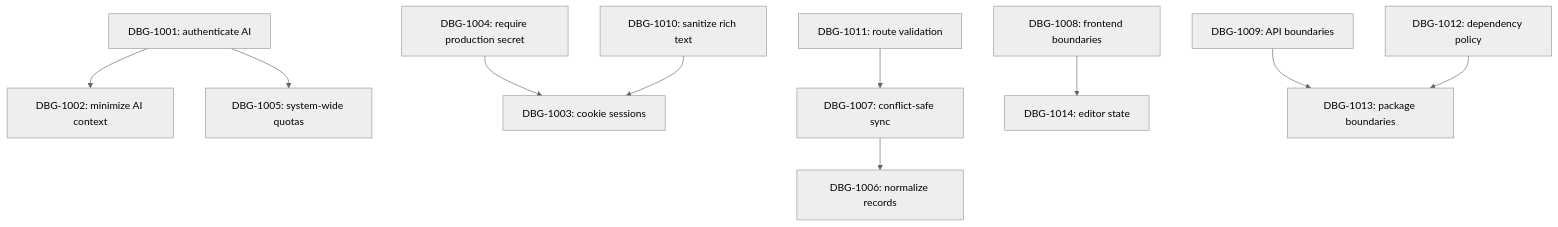
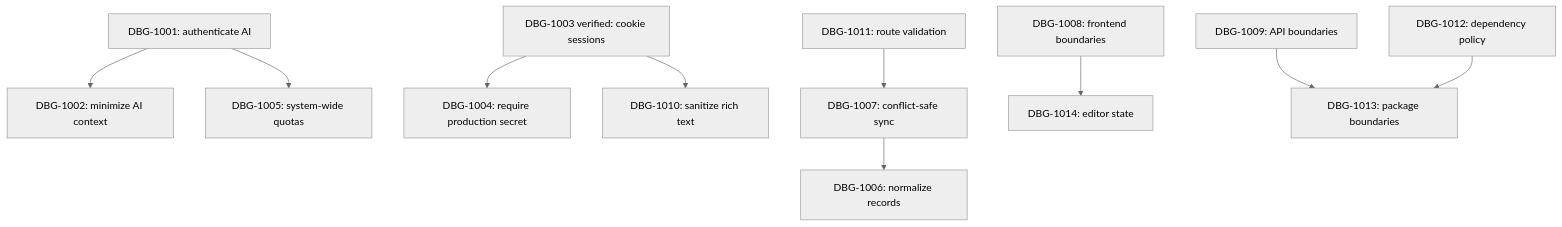
One commit to Akiirolabs/IOVault changed the diagram in docs/debug-system/graphs/fix-order-graph.md. Above: the diagram before and after it, drawn with Mermaid (neutral theme). The commit also changed 25 other files, not shown here.

Commit message:
Replace browser-stored JWTs with HttpOnly cookie sessions and CSRF-protected API requests.Replace automatic vault sharing with explicit bounded page-level AI context.

````diff
--- a/docs/debug-system/graphs/fix-order-graph.md
+++ b/docs/debug-system/graphs/fix-order-graph.md
@@ -3,12 +3,12 @@
 ```mermaid
 graph TD
   D1001["DBG-1001: authenticate AI"] --> D1002["DBG-1002: minimize AI context"]
   D1001 --> D1005["DBG-1005: system-wide quotas"]
-  D1004["DBG-1004: require production secret"] --> D1003["DBG-1003: cookie sessions"]
-  D1010["DBG-1010: sanitize rich text"] --> D1003
+  D1003["DBG-1003 verified: cookie sessions"] --> D1004["DBG-1004: require production secret"]
+  D1003 --> D1010["DBG-1010: sanitize rich text"]
   D1011["DBG-1011: route validation"] --> D1007["DBG-1007: conflict-safe sync"]
   D1007 --> D1006["DBG-1006: normalize records"]
   D1008["DBG-1008: frontend boundaries"] --> D1014["DBG-1014: editor state"]
   D1009["DBG-1009: API boundaries"] --> D1013["DBG-1013: package boundaries"]
   D1012["DBG-1012: dependency policy"] --> D1013
 ```
````
